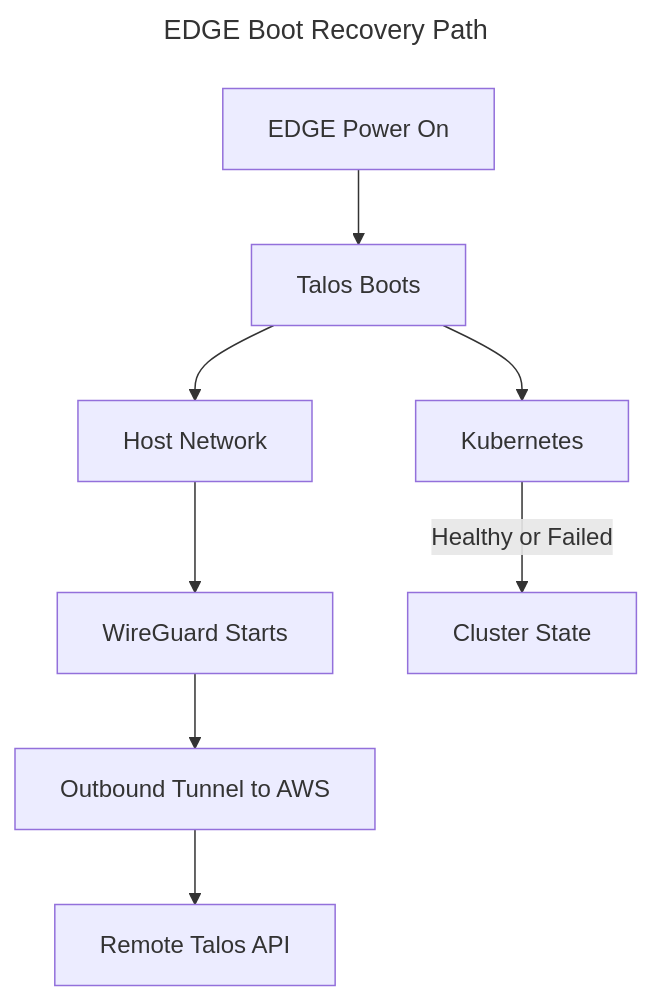
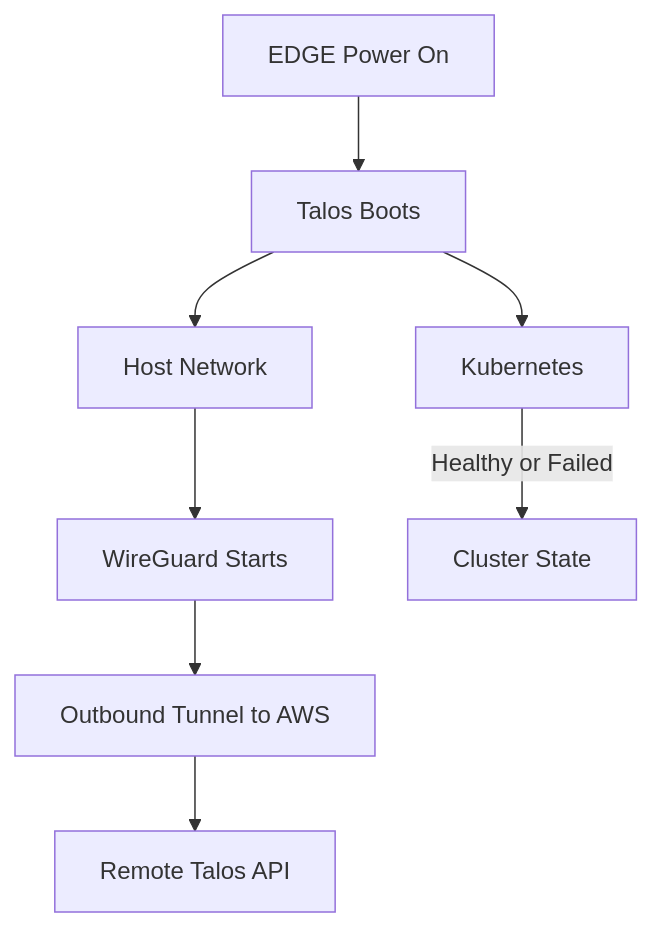
Before and after one commit to naren4b/learn-talos: diagram 28 of 35 in docs/track-2-secure-edge/README.md, drawn with Mermaid. The commit also changed other lines of this file, not shown here.

Commit message:
docs: fix GitHub Mermaid rich display errors

````diff
--- a/docs/track-2-secure-edge/README.md
+++ b/docs/track-2-secure-edge/README.md
@@ -1801,13 +1800,10 @@
 ```mermaid
----
-title: EDGE Boot Recovery Path
----
 flowchart TD
     A[EDGE Power On] --> B[Talos Boots]
     B --> C[Host Network]
     C --> D[WireGuard Starts]
     D --> E[Outbound Tunnel to AWS]
     E --> F[Remote Talos API]
     B --> G[Kubernetes]
     G -->|Healthy or Failed| H[Cluster State]
 ```
````
